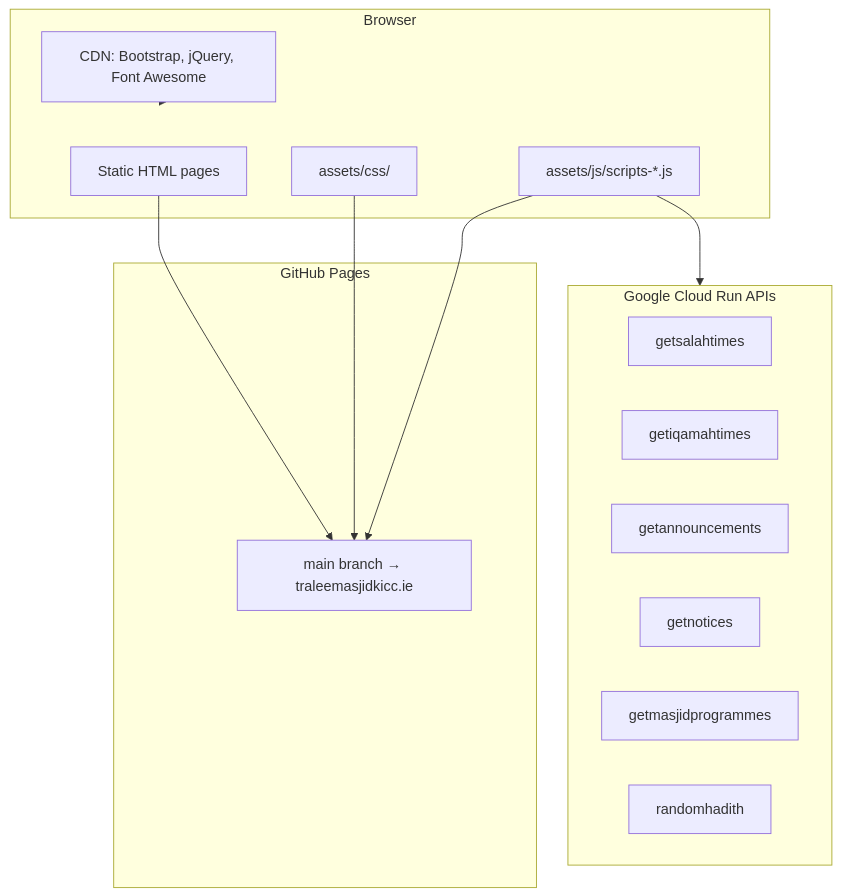
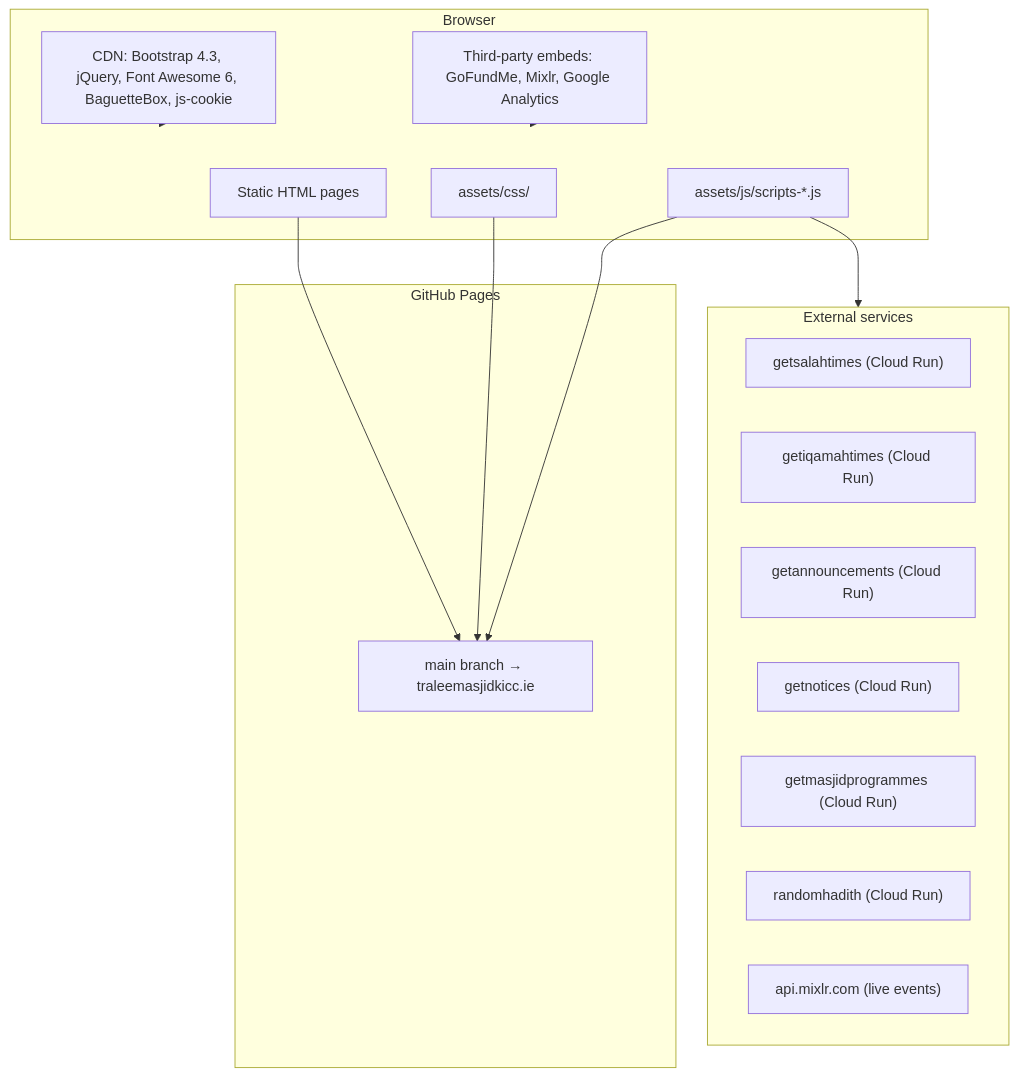
The first of 3 diagrams in README.md (traleemasjidkicc/traleemasjidkicc.github.io), drawn with Mermaid before and after one commit. The commit also changed other lines of this file and 6 other files, not shown here.

````diff
--- a/README.md
+++ b/README.md
@@ -13,28 +13,31 @@
 ```mermaid
 flowchart TB
     subgraph Client["Browser"]
         HTML["Static HTML pages"]
         CSS["assets/css/"]
         JS["assets/js/scripts-*.js"]
-        CDN["CDN: Bootstrap, jQuery, Font Awesome"]
+        CDN["CDN: Bootstrap 4.3, jQuery, Font Awesome 6, BaguetteBox, js-cookie"]
+        Embed["Third-party embeds: GoFundMe, Mixlr, Google Analytics"]
     end
 
     subgraph Hosting["GitHub Pages"]
         GH["main branch → traleemasjidkicc.ie"]
     end
 
-    subgraph APIs["Google Cloud Run APIs"]
-        ST["getsalahtimes"]
-        IQ["getiqamahtimes"]
-        AN["getannouncements"]
-        NO["getnotices"]
-        PR["getmasjidprogrammes"]
-        HA["randomhadith"]
+    subgraph APIs["External services"]
+        ST["getsalahtimes (Cloud Run)"]
+        IQ["getiqamahtimes (Cloud Run)"]
+        AN["getannouncements (Cloud Run)"]
+        NO["getnotices (Cloud Run)"]
+        PR["getmasjidprogrammes (Cloud Run)"]
+        HA["randomhadith (Cloud Run)"]
+        MX["api.mixlr.com (live events)"]
     end
 
     HTML --> GH
     CSS --> GH
     JS --> GH
     JS --> APIs
     CDN --> Client
+    Embed --> Client
 ```
````
